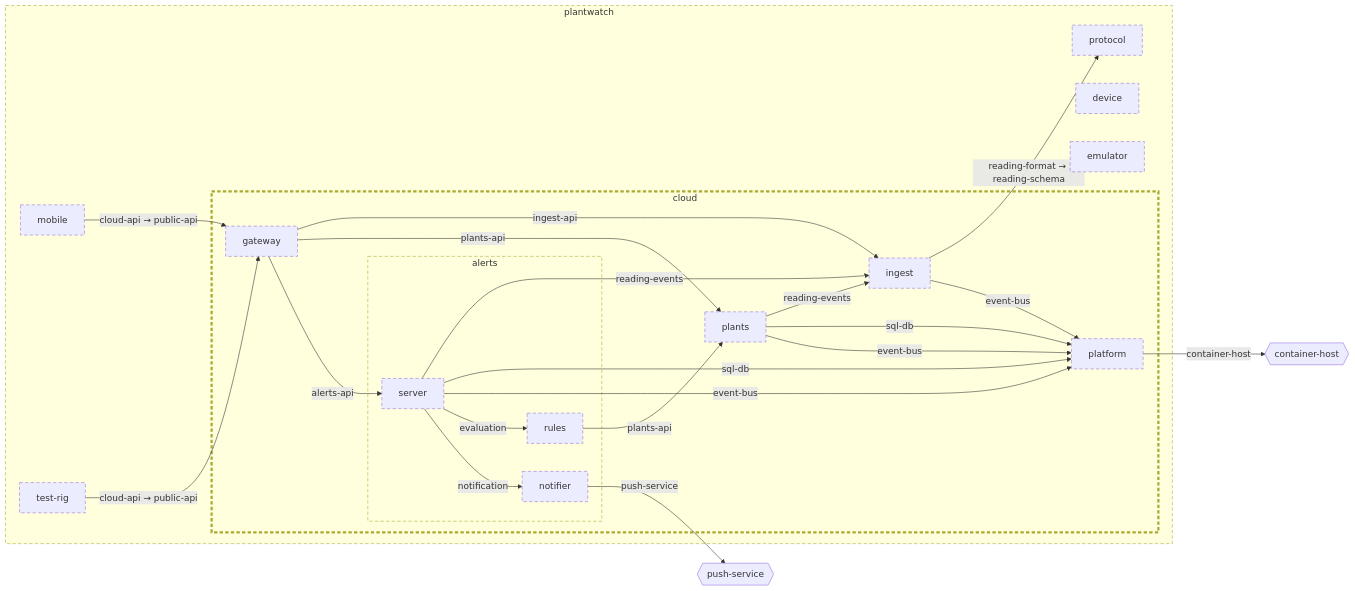
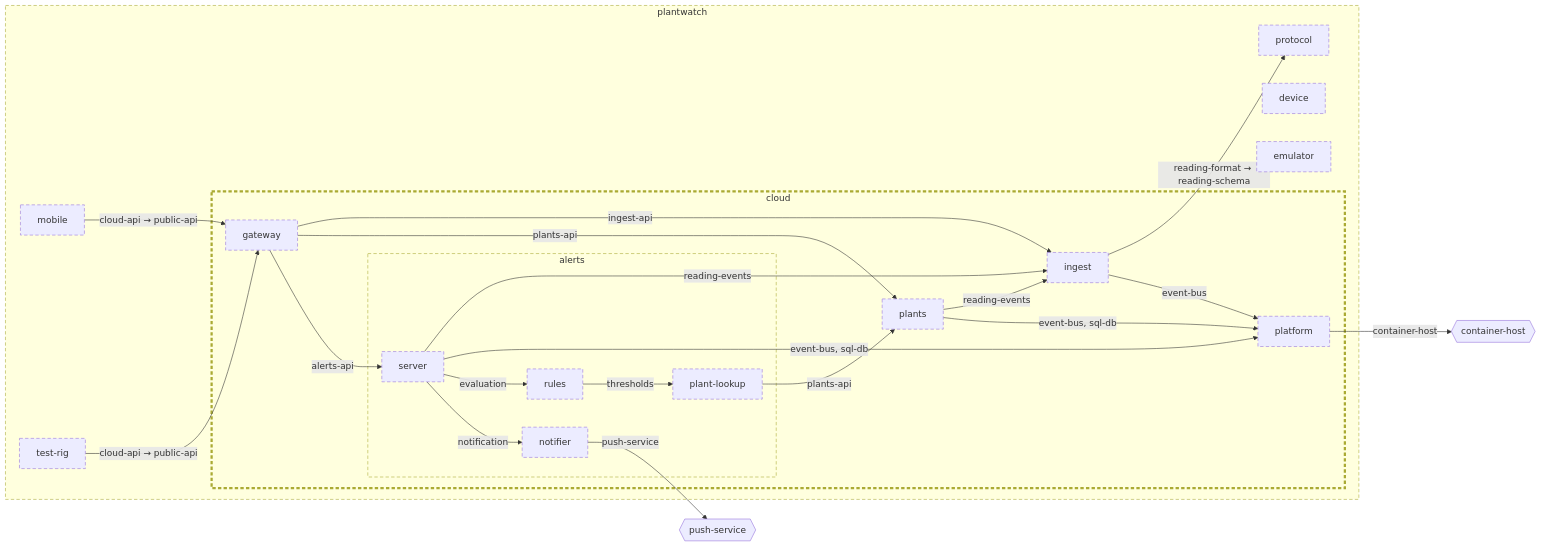
The diagram in examples/plantwatch/cloud/doc/diagrams/architecture.md (wackazong/unifold), drawn with Mermaid before and after one commit. The commit also changed other lines of this file and 330 other files, not shown here.

````diff
--- a/examples/plantwatch/cloud/doc/diagrams/architecture.md
+++ b/examples/plantwatch/cloud/doc/diagrams/architecture.md
@@ -8,57 +8,46 @@
 ```mermaid
 flowchart LR
   subgraph u_root["plantwatch"]
     subgraph u_cloud["cloud"]
-      u_cloud_platform["platform"]
-      subgraph u_cloud_services_alerts["alerts"]
-        u_cloud_services_alerts_notifier["notifier"]
-        u_cloud_services_alerts_rules["rules"]
-        u_cloud_services_alerts_server["server"]
+      u_cloud__platform["platform"]
+      subgraph u_cloud__services__alerts["alerts"]
+        u_cloud__services__alerts__notifier["notifier"]
+        u_cloud__services__alerts__plant_dlookup["plant-lookup"]
+        u_cloud__services__alerts__rules["rules"]
+        u_cloud__services__alerts__server["server"]
       end
-      u_cloud_services_gateway["gateway"]
-      u_cloud_services_ingest["ingest"]
-      u_cloud_services_plants["plants"]
+      u_cloud__services__gateway["gateway"]
+      u_cloud__services__ingest["ingest"]
+      u_cloud__services__plants["plants"]
     end
     u_device["device"]
     u_emulator["emulator"]
     u_mobile["mobile"]
     u_protocol["protocol"]
-    u_test_rig["test-rig"]
+    u_test_drig["test-rig"]
   end
-  n_root_push_service{{"push-service"}}
-  n_root_container_host{{"container-host"}}
-  u_mobile -->|"cloud-api → public-api"| u_cloud_services_gateway
-  u_cloud_services_ingest -->|"reading-format → reading-schema"| u_protocol
-  u_cloud_services_alerts_notifier -->|"push-service"| n_root_push_service
-  u_cloud_platform -->|"container-host"| n_root_container_host
-  u_test_rig -->|"cloud-api → public-api"| u_cloud_services_gateway
-  u_cloud_services_gateway -->|"ingest-api"| u_cloud_services_ingest
-  u_cloud_services_gateway -->|"plants-api"| u_cloud_services_plants
-  u_cloud_services_gateway -->|"alerts-api"| u_cloud_services_alerts_server
-  u_cloud_services_ingest -->|"event-bus"| u_cloud_platform
-  u_cloud_services_plants -->|"reading-events"| u_cloud_services_ingest
-  u_cloud_services_plants -->|"sql-db"| u_cloud_platform
-  u_cloud_services_plants -->|"event-bus"| u_cloud_platform
-  u_cloud_services_alerts_server -->|"reading-events"| u_cloud_services_ingest
-  u_cloud_services_alerts_rules -->|"plants-api"| u_cloud_services_plants
-  u_cloud_services_alerts_server -->|"sql-db"| u_cloud_platform
-  u_cloud_services_alerts_server -->|"event-bus"| u_cloud_platform
-  u_cloud_services_alerts_server -->|"evaluation"| u_cloud_services_alerts_rules
-  u_cloud_services_alerts_server -->|"notification"| u_cloud_services_alerts_notifier
-  click u_cloud_platform href "../../platform/README.md"
-  click u_cloud_services_alerts_notifier href "../../services/alerts/notifier/README.md"
-  click u_cloud_services_alerts_rules href "../../services/alerts/rules/README.md"
-  click u_cloud_services_alerts_server href "../../services/alerts/server/README.md"
-  click u_cloud_services_gateway href "../../services/gateway/README.md"
-  click u_cloud_services_ingest href "../../services/ingest/README.md"
-  click u_cloud_services_plants href "../../services/plants/README.md"
-  click u_device href "../../../device/README.md"
-  click u_emulator href "../../../emulator/README.md"
-  click u_mobile href "../../../mobile/README.md"
-  click u_protocol href "../../../protocol/README.md"
-  click u_test_rig href "../../../test-rig/README.md"
+  n_root___push_dservice{{"push-service"}}
+  n_root___container_dhost{{"container-host"}}
+  u_mobile -->|"cloud-api → public-api"| u_cloud__services__gateway
+  u_cloud__services__alerts__notifier -->|"push-service"| n_root___push_dservice
+  u_cloud__platform -->|"container-host"| n_root___container_dhost
+  u_test_drig -->|"cloud-api → public-api"| u_cloud__services__gateway
+  u_cloud__services__ingest -->|"reading-format → reading-schema"| u_protocol
+  u_cloud__services__gateway -->|"ingest-api"| u_cloud__services__ingest
+  u_cloud__services__gateway -->|"plants-api"| u_cloud__services__plants
+  u_cloud__services__gateway -->|"alerts-api"| u_cloud__services__alerts__server
+  u_cloud__services__plants -->|"reading-events"| u_cloud__services__ingest
+  u_cloud__services__alerts__server -->|"reading-events"| u_cloud__services__ingest
+  u_cloud__services__alerts__plant_dlookup -->|"plants-api"| u_cloud__services__plants
+  u_cloud__services__alerts__server -->|"event-bus, sql-db"| u_cloud__platform
+  u_cloud__services__ingest -->|"event-bus"| u_cloud__platform
+  u_cloud__services__plants -->|"event-bus, sql-db"| u_cloud__platform
+  u_cloud__services__alerts__server -->|"evaluation"| u_cloud__services__alerts__rules
+  u_cloud__services__alerts__server -->|"notification"| u_cloud__services__alerts__notifier
+  u_cloud__services__alerts__rules -->|"thresholds"| u_cloud__services__alerts__plant_dlookup
   classDef focus stroke-width:4px
   classDef planned stroke-dasharray:6 4
-  class u_root,u_cloud,u_cloud_platform,u_cloud_services_alerts,u_cloud_services_alerts_notifier,u_cloud_services_alerts_rules,u_cloud_services_alerts_server,u_cloud_services_gateway,u_cloud_services_ingest,u_cloud_services_plants,u_device,u_emulator,u_mobile,u_protocol,u_test_rig planned
+  classDef plain stroke-dasharray:2 3
+  class u_root,u_cloud,u_cloud__platform,u_cloud__services__alerts,u_cloud__services__alerts__notifier,u_cloud__services__alerts__plant_dlookup,u_cloud__services__alerts__rules,u_cloud__services__alerts__server,u_cloud__services__gateway,u_cloud__services__ingest,u_cloud__services__plants,u_device,u_emulator,u_mobile,u_protocol,u_test_drig planned
   class u_cloud focus
 ```
````
